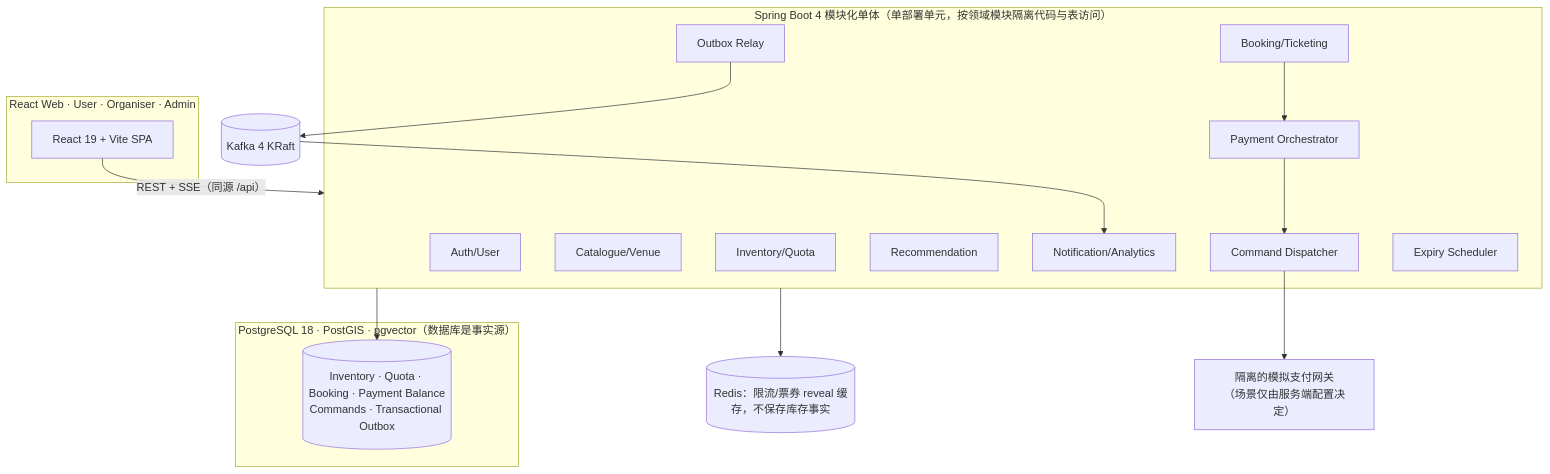
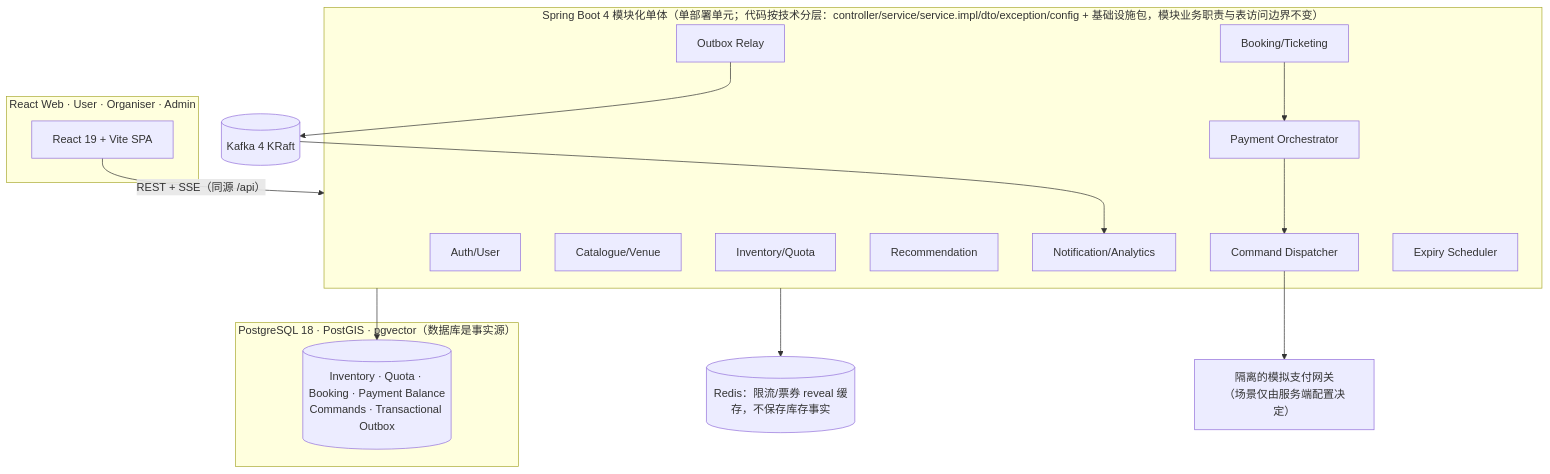
One commit to kaiwenyao/eventpulse changed the first of 6 diagrams in docs/architecture.md. Above: the diagram before and after it, drawn with Mermaid. The commit also changed other lines of this file and 107 other files, not shown here.

First line of the commit message:
Refactor backend to layered structure: controller/service/service.impl/dto (#5)

````diff
--- a/docs/architecture.md
+++ b/docs/architecture.md
@@ -5,31 +5,31 @@
 ```mermaid
 flowchart TB
     subgraph client["React Web · User · Organiser · Admin"]
         FE[React 19 + Vite SPA]
     end
-    subgraph app["Spring Boot 4 模块化单体（单部署单元，按领域模块隔离代码与表访问）"]
+    subgraph app["Spring Boot 4 模块化单体（单部署单元；代码按技术分层：controller/service/service.impl/dto/exception/config + 基础设施包，模块业务职责与表访问边界不变）"]
         AUTH[Auth/User]
         CAT[Catalogue/Venue]
         INV[Inventory/Quota]
         BKG[Booking/Ticketing]
         PAY[Payment Orchestrator]
         REC[Recommendation]
         NTF[Notification/Analytics]
         RELAY[Outbox Relay]
         DISP[Command Dispatcher]
         EXP[Expiry Scheduler]
     end
     subgraph db["PostgreSQL 18 · PostGIS · pgvector（数据库是事实源）"]
         PG[(Inventory · Quota · Booking · Payment Balance\nCommands · Transactional Outbox)]
     end
     KAFKA[(Kafka 4 KRaft)]
     REDIS[(Redis：限流/票券 reveal 缓存，不保存库存事实)]
     GW[隔离的模拟支付网关\n（场景仅由服务端配置决定）]
 
     FE -->|REST + SSE（同源 /api）| app
     BKG --> PAY
     PAY --> DISP --> GW
     RELAY --> KAFKA --> NTF
     app --> PG
     app --> REDIS
 ```
````
